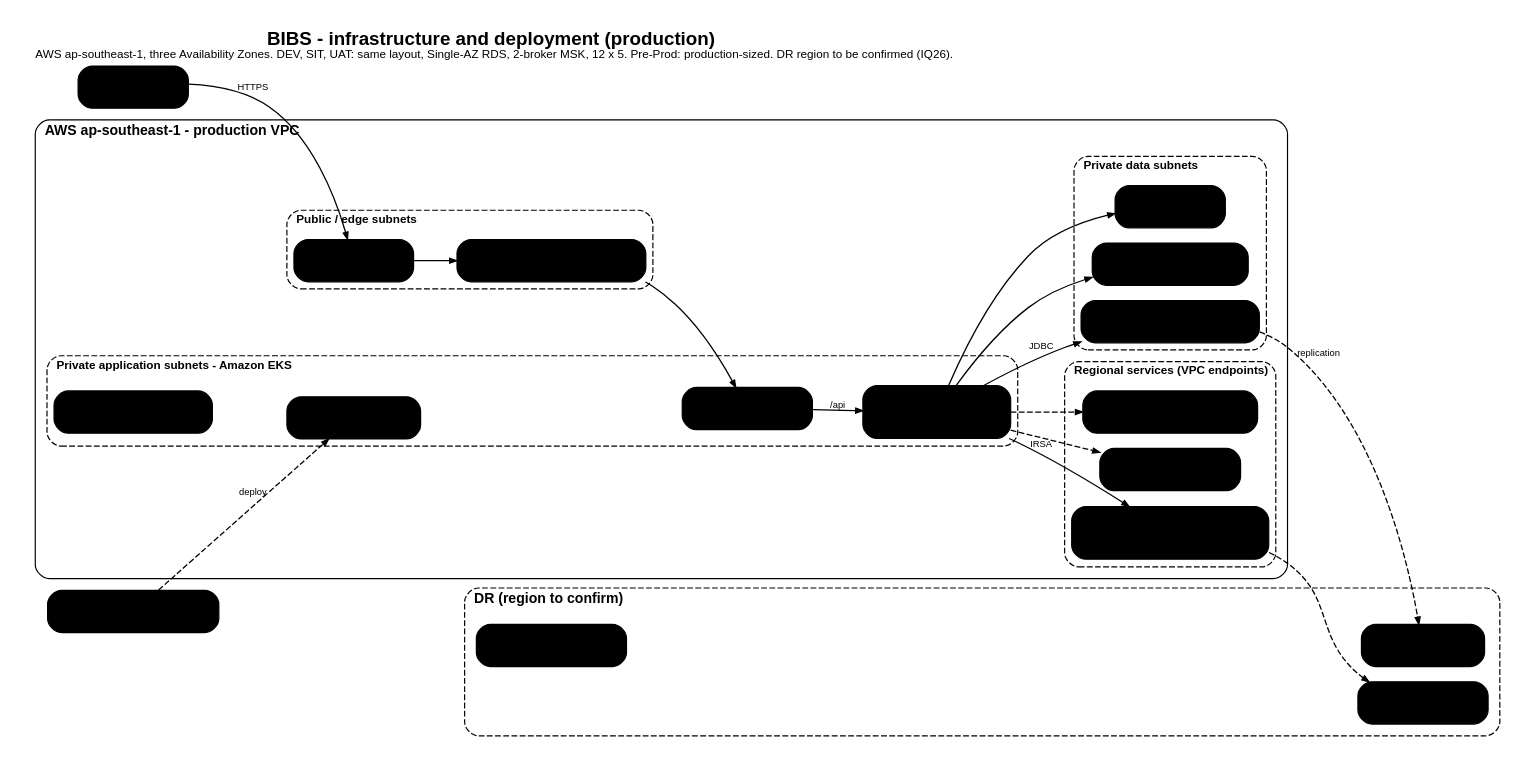
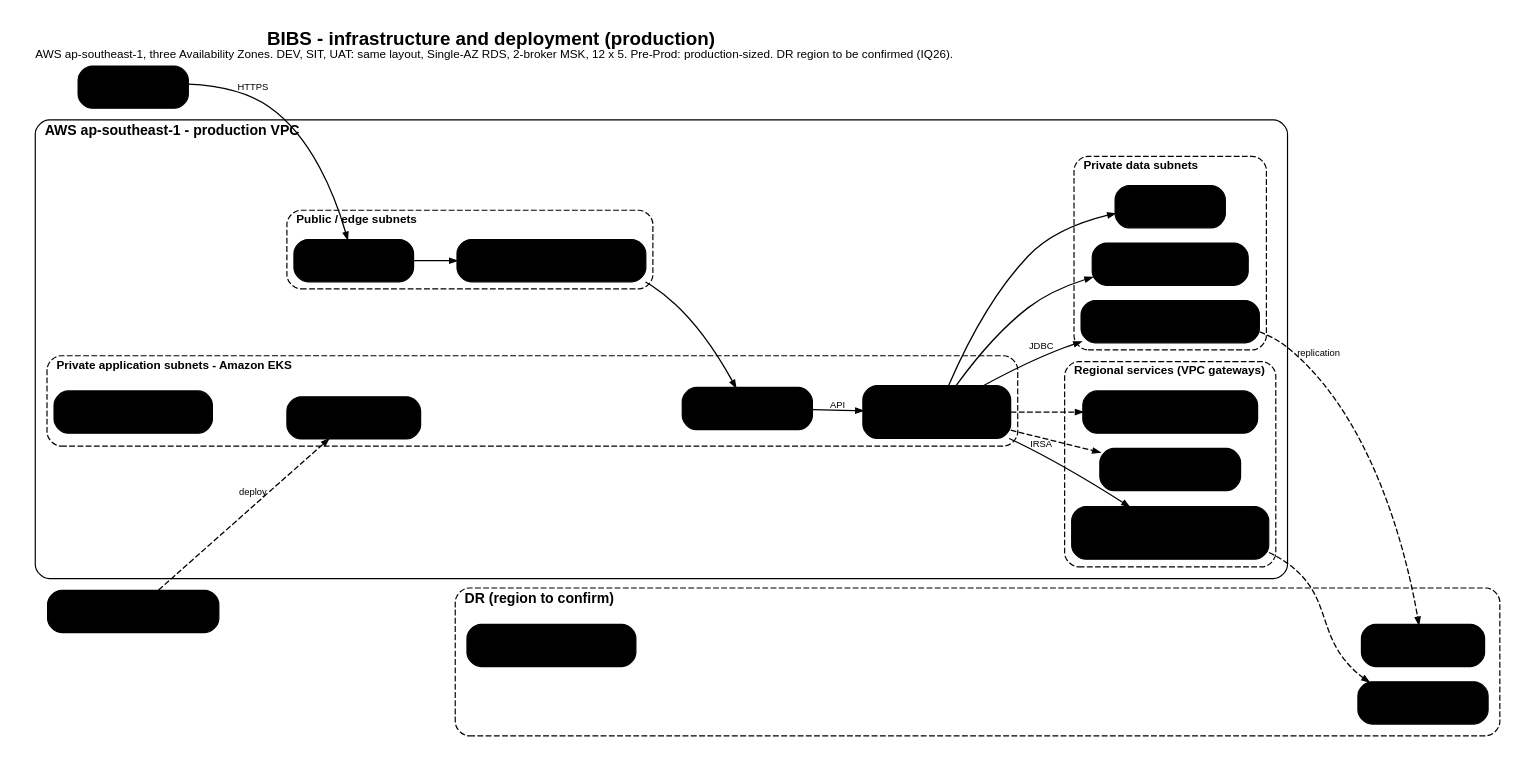
One commit to IortaTexhNXT-DEV/FinVerse changed the diagram in docs/deliverables/src/alignment/figures/al_deployment.dot. Above: the diagram before and after it, drawn with Graphviz. The commit also changed 5 other files, not shown here.

```diff
--- a/docs/deliverables/src/alignment/figures/al_deployment.dot
+++ b/docs/deliverables/src/alignment/figures/al_deployment.dot
@@ -1,62 +1,62 @@
 // BIBS infrastructure and deployment per the IER (for the IER "Architecture Diagram (Infra)" sheet and section 6).
 digraph al_deployment {
   graph [rankdir=LR, fontname="Arial", nodesep=0.18, ranksep=0.4, bgcolor="white", pad=0.2, newrank=true, compound=true,
          label=<<font point-size="16" color="@HEADER_BLUE"><b>BIBS - infrastructure and deployment (production)</b></font><br/><font point-size="10" color="@MUTED">AWS ap-southeast-1, three Availability Zones. DEV, SIT, UAT: same layout, Single-AZ RDS, 2-broker MSK, 12 x 5. Pre-Prod: production-sized. DR region to be confirmed (IQ26).</font>>,
          labelloc=t, labeljust=l];
   node  [shape=box, style="rounded,filled", color="@HEADER_BLUE", penwidth=1.0, fontname="Arial",
          fontsize=10, fontcolor="@NEAR_BLACK", margin="0.1,0.05", fillcolor="@WHITE"];
   edge  [color="@HEADER_BLUE", arrowsize=0.6, penwidth=1.1, fontname="Arial", fontsize=8, fontcolor="@MUTED"];
 
   users [label=<<b>BDOI users</b><br/><font point-size="9">BDO network / VPN</font>>, fillcolor="@BG_BLUE"];
   ops_  [label=<<b>Support and delivery</b><br/><font point-size="9">VDI (15 users), bastion via SSM,<br/>CI/CD runner, ECR images</font>>, fillcolor="@DIRTY_WHITE"];
 
   subgraph cluster_region {
     label=<<b>AWS ap-southeast-1 - production VPC</b>>; fontsize=12; fontcolor="@HEADER_BLUE"; style="rounded"; color="@HEADER_BLUE"; margin=10;
     subgraph cluster_pub {
       label=<<b>Public / edge subnets</b>>; fontsize=10; style="rounded,dashed"; color="@MUTED"; margin=6;
       r53 [label=<<b>Route 53</b><br/><font point-size="9">private or public zone</font>>];
       alb [label=<<b>AWS WAF + ALB</b><br/><font point-size="9">TLS, AWS Load Balancer Controller</font>>];
       r53 -> alb;
     }
     subgraph cluster_app {
       label=<<b>Private application subnets - Amazon EKS</b>>; fontsize=10; style="rounded,dashed"; color="@MUTED"; margin=6;
       ng [label=<<b>Managed node group</b><br/><font point-size="9">m5.2xlarge class, 3 AZs,<br/>cluster autoscaler</font>>, fillcolor="@DIRTY_WHITE"];
       fe [label=<<b>brokerverse-frontend</b><br/><font point-size="9">2-4 pods (nginx)</font>>, fillcolor="@BG_BLUE"];
       be [label=<<b>brokerverse-backend</b><br/><font point-size="9">3-6 pods, HPA, PDB min 2;<br/>jobs run once per schedule<br/>(Redis job lock)</font>>, fillcolor="@BG_BLUE"];
       agents [label=<<b>Cluster agents</b><br/><font point-size="9">monitoring agent, EDR agent,<br/>metrics server</font>>, fillcolor="@DIRTY_WHITE"];
-      fe -> be [label="/api"];
+      fe -> be [label="API"];
     }
     subgraph cluster_db {
       label=<<b>Private data subnets</b>>; fontsize=10; style="rounded,dashed"; color="@MUTED"; margin=6;
       rds [label=<<b>RDS PostgreSQL 16 Multi-AZ</b><br/><font point-size="9">primary + standby, PITR,<br/>KMS encryption, 2 TB (IER)</font>>, fillcolor="@SUCCESS_BG", color="@SUCCESS"];
       redis [label=<<b>ElastiCache Redis 7</b><br/><font point-size="9">cluster mode disabled,<br/>primary + replica, TLS, AUTH</font>>, fillcolor="@SUCCESS_BG", color="@SUCCESS"];
       msk [label=<<b>Amazon MSK</b><br/><font point-size="9">3 brokers in 3 AZs,<br/>SASL/SCRAM, TLS</font>>, fillcolor="@SUCCESS_BG", color="@SUCCESS"];
     }
     subgraph cluster_reg {
-      label=<<b>Regional services (VPC endpoints)</b>>; fontsize=10; style="rounded,dashed"; color="@MUTED"; margin=6;
+      label=<<b>Regional services (VPC gateways)</b>>; fontsize=10; style="rounded,dashed"; color="@MUTED"; margin=6;
       s3 [label=<<b>Amazon S3</b><br/><font point-size="9">bibs-documents (versioned, lifecycle),<br/>bibs-migration-intake (5-day purge),<br/>logs; SSE-KMS</font>>, fillcolor="@AMBER_BG"];
       sec [label=<<b>Secrets Manager, KMS</b><br/><font point-size="9">DB, Redis, MSK secrets;<br/>customer-managed keys</font>>, fillcolor="@DIRTY_WHITE"];
       mon [label=<<b>Monitoring and logs</b><br/><font point-size="9">CloudWatch and the BDO APM<br/>(Dynatrace or Prometheus, IQ30)</font>>, fillcolor="@DIRTY_WHITE"];
     }
   }
 
   subgraph cluster_dr {
     label=<<b>DR (region to confirm)</b>>; fontsize=12; fontcolor="@HEADER_BLUE"; style="rounded,dashed"; color="@DANGER"; margin=10;
     dr_rds [label=<<b>RDS read replica</b><br/><font point-size="9">async, RPO &lt;= 15 min</font>>, fillcolor="@WHITE"];
     dr_s3 [label=<<b>S3 replica</b><br/><font point-size="9">cross-region replication</font>>, fillcolor="@WHITE"];
-    dr_eks [label=<<b>EKS standby</b><br/><font point-size="9">0 pods until failover;<br/>Redis, MSK rebuilt; RTO 4 h</font>>, fillcolor="@WHITE"];
+    dr_eks [label=<<b>EKS standby</b><br/><font point-size="9">0 pods until failover;<br/>Redis, MSK re-created; RTO 4 h</font>>, fillcolor="@WHITE"];
   }
 
   users -> r53 [label="HTTPS"];
   alb -> fe;
   be -> rds [label="JDBC"];
   be -> redis;
   be -> msk;
   be -> s3 [label="IRSA"];
   be -> sec [style=dashed];
   be -> mon [style=dashed];
   ops_ -> ng [style=dashed, label="deploy"];
   rds -> dr_rds [style=dashed, color="@DANGER", label="replication"];
   s3 -> dr_s3 [style=dashed, color="@DANGER"];
   ng -> dr_eks [style=invis];
 }
```
